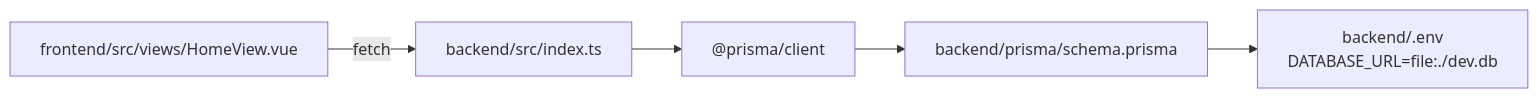
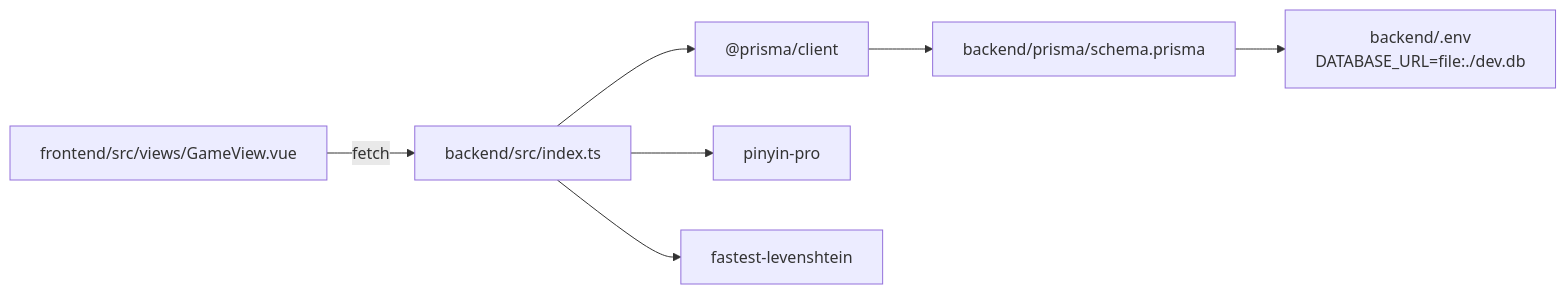
The sixth of 6 diagrams in .qoder/repowiki/zh/content/核心功能设计/用户诗句验证机制.md (iazrael/feihua-ling), drawn with Mermaid before and after one commit. The commit also changed other lines of this file and 23 other files, not shown here.

````diff
--- a/.qoder/repowiki/zh/content/核心功能设计/用户诗句验证机制.md
+++ b/.qoder/repowiki/zh/content/核心功能设计/用户诗句验证机制.md
@@ -213,7 +253,9 @@
 ```mermaid
 graph LR
-A["frontend/src/views/HomeView.vue"] --> |fetch| B["backend/src/index.ts"]
+A["frontend/src/views/GameView.vue"] --> |fetch| B["backend/src/index.ts"]
 B --> C["@prisma/client"]
 C --> D["backend/prisma/schema.prisma"]
 D --> E["backend/.env<br/>DATABASE_URL=file:./dev.db"]
+B --> F["pinyin-pro"]
+B --> G["fastest-levenshtein"]
 ```
````
